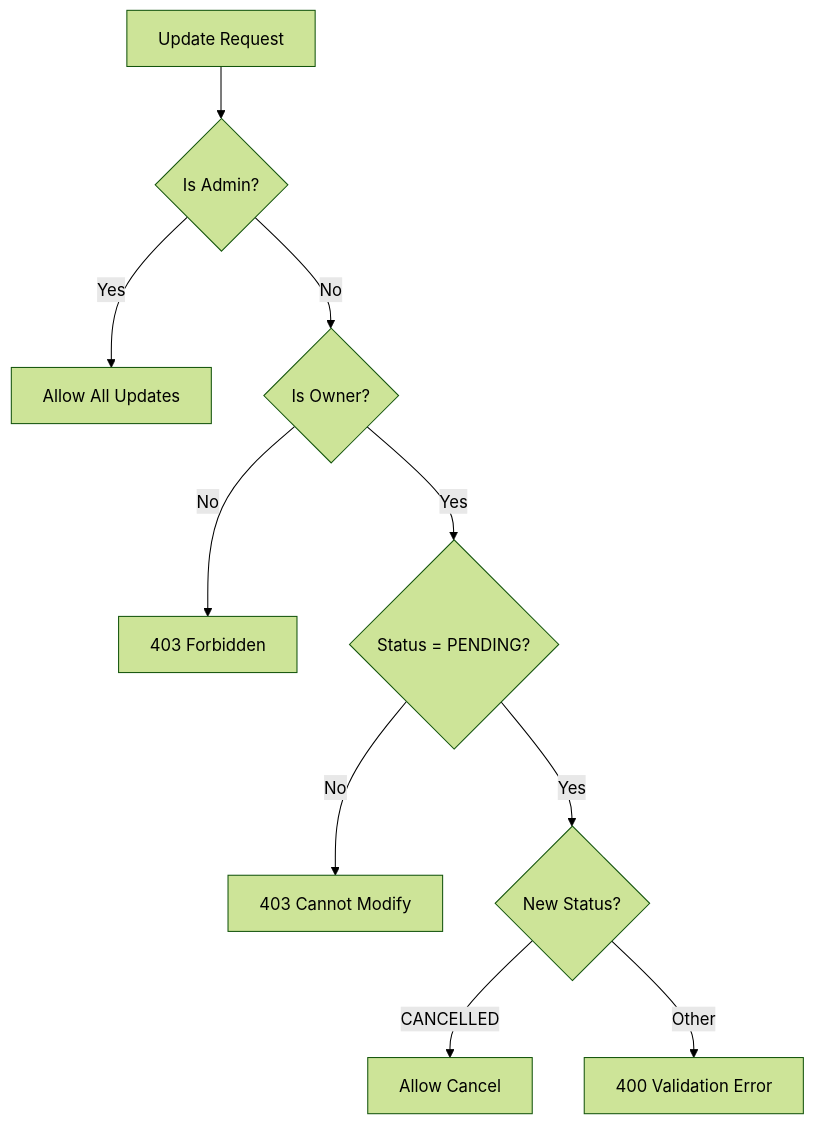
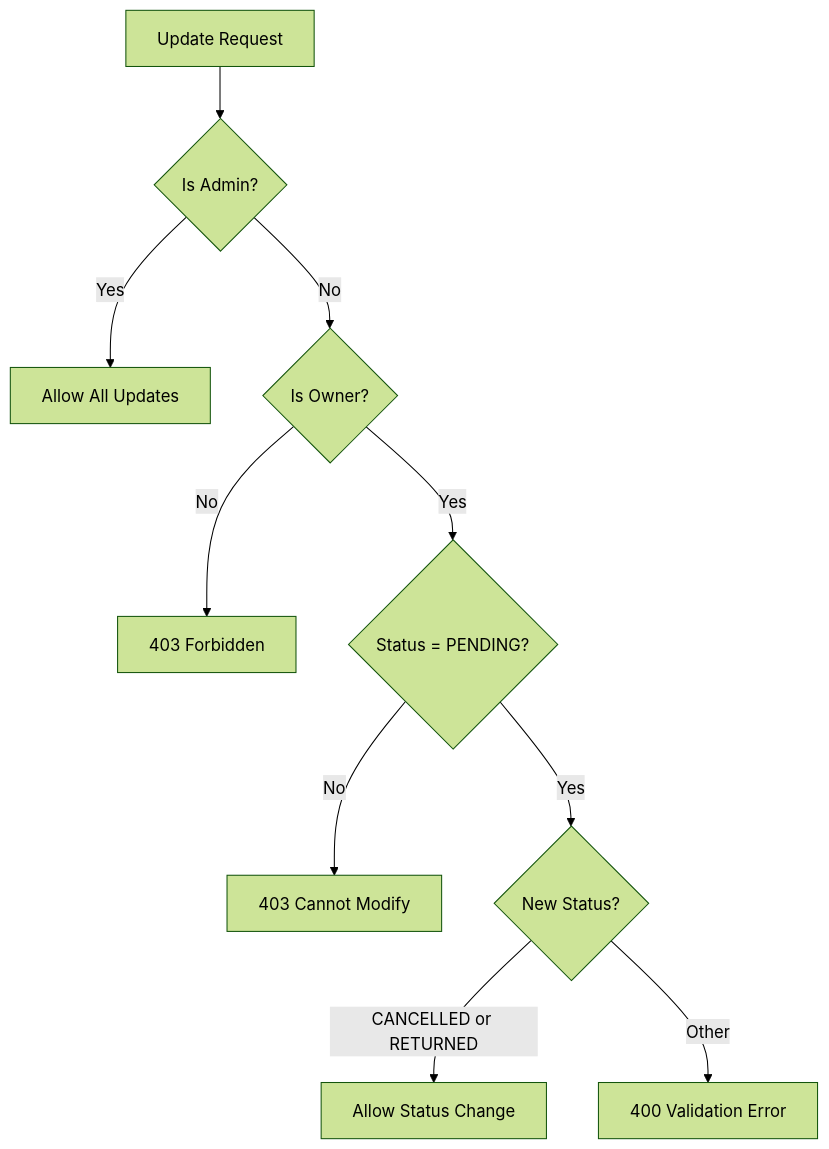
The third of 3 diagrams in documentation/flows/reservation-flow.md (AKTK-Bystrze/Magazyn), drawn with Mermaid (forest theme) before and after one commit. The commit also changed other lines of this file and 74 other files, not shown here.

````diff
--- a/documentation/flows/reservation-flow.md
+++ b/documentation/flows/reservation-flow.md
@@ -148,12 +152,12 @@
 ```mermaid
 flowchart TD
     A[Update Request] --> B{Is Admin?}
     B -->|Yes| C[Allow All Updates]
     B -->|No| D{Is Owner?}
     D -->|No| E[403 Forbidden]
     D -->|Yes| F{Status = PENDING?}
     F -->|No| G[403 Cannot Modify]
     F -->|Yes| H{New Status?}
-    H -->|CANCELLED| I[Allow Cancel]
+    H -->|CANCELLED or RETURNED| I[Allow Status Change]
     H -->|Other| J[400 Validation Error]
 ```
````
